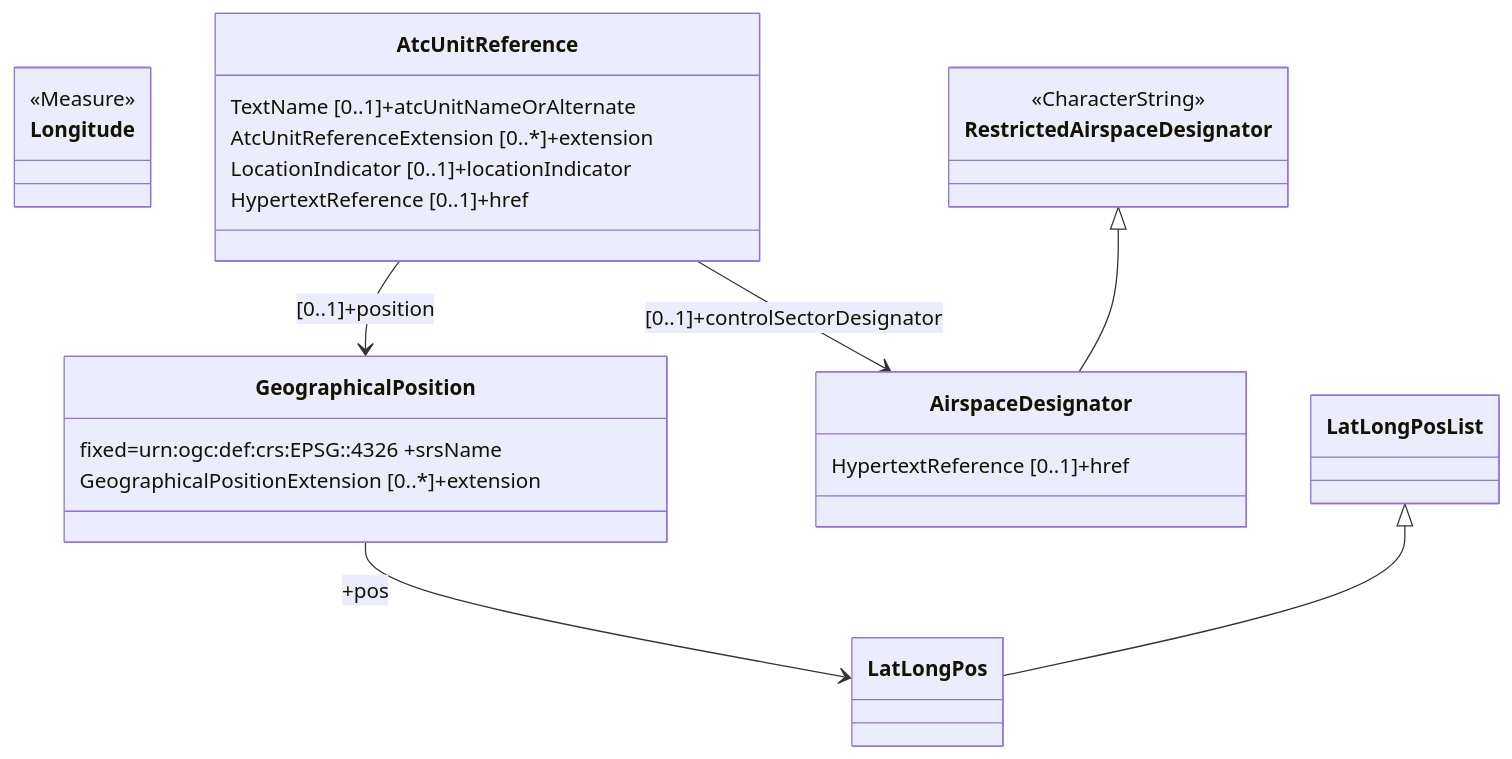
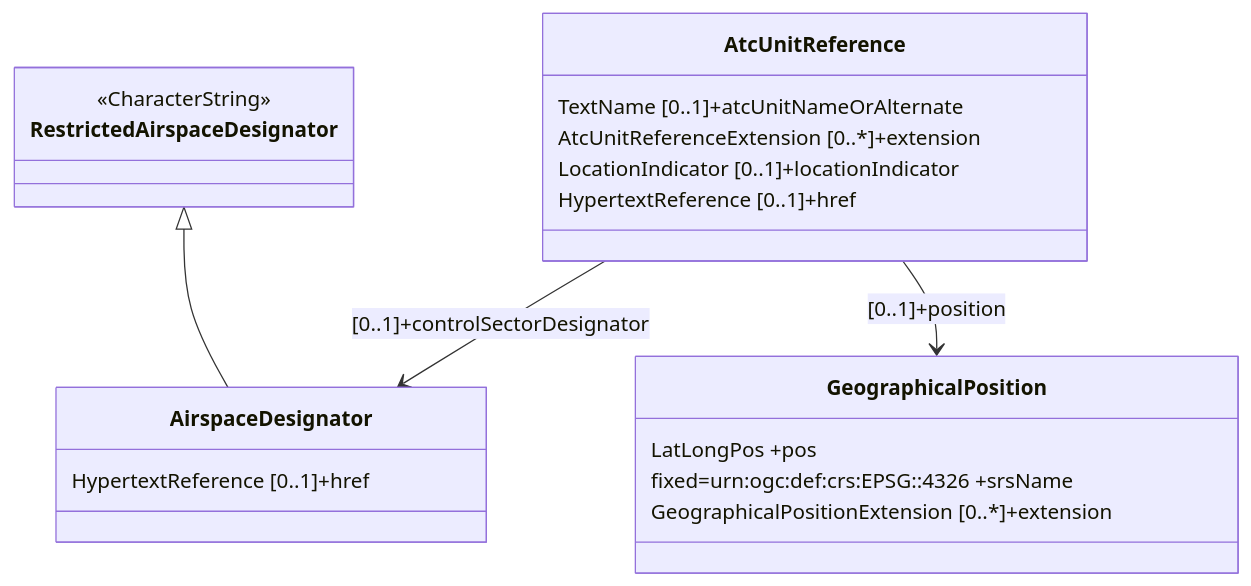
One commit to hlepori/test_docsify changed the third of 28 diagrams in docs/fixm/FIXM_UML_in_mermaid.md. Above: the diagram before and after it, drawn with Mermaid. The commit also changed other lines of this file, not shown here.

````diff
--- a/docs/fixm/FIXM_UML_in_mermaid.md
+++ b/docs/fixm/FIXM_UML_in_mermaid.md
@@ -73,29 +73,23 @@
 ```mermaid
 classDiagram
 class GeographicalPosition
-GeographicalPosition --> LatLongPos : +pos
+GeographicalPosition : LatLongPos +pos
 GeographicalPosition : fixed#61;urn#58;ogc#58;def#58;crs#58;EPSG#58;#58;4326 +srsName
 GeographicalPosition : GeographicalPositionExtension [0..*]+extension
 link GeographicalPosition "https://www.fixm.aero/releases/FIXM-4.2.0/doc/schema_documentation/Fixm_GeographicalPositionType.html" "Go to XML definition"
-class LatLongPos
-link LatLongPos "https://www.fixm.aero/releases/FIXM-4.2.0/doc/schema_documentation/Fixm_LatLongPosType.html" "Go to XML definition"
-class Longitude
-link Longitude "https://www.fixm.aero/releases/FIXM-4.2.0/doc/schema_documentation/Fixm_LongitudeType.html" "Go to XML definition"
 class RestrictedAirspaceDesignator
 link RestrictedAirspaceDesignator "https://www.fixm.aero/releases/FIXM-4.2.0/doc/schema_documentation/Fixm_RestrictedAirspaceDesignatorType.html" "Go to XML definition"
 class AirspaceDesignator
 AirspaceDesignator : HypertextReference [0..1]+href
 link AirspaceDesignator "https://www.fixm.aero/releases/FIXM-4.2.0/doc/schema_documentation/Fixm_AirspaceDesignatorType.html" "Go to XML definition"
 class AtcUnitReference
 AtcUnitReference : TextName [0..1]+atcUnitNameOrAlternate
 AtcUnitReference --> AirspaceDesignator : [0..1]+controlSectorDesignator
 AtcUnitReference : AtcUnitReferenceExtension [0..*]+extension
 AtcUnitReference : LocationIndicator [0..1]+locationIndicator
 AtcUnitReference --> GeographicalPosition : [0..1]+position
 AtcUnitReference : HypertextReference [0..1]+href
 link AtcUnitReference "https://www.fixm.aero/releases/FIXM-4.2.0/doc/schema_documentation/Fixm_AtcUnitReferenceType.html" "Go to XML definition"
-LatLongPosList <|-- LatLongPos
-<<Measure>>Longitude
 <<CharacterString>>RestrictedAirspaceDesignator
 RestrictedAirspaceDesignator <|-- AirspaceDesignator
 ```
````
